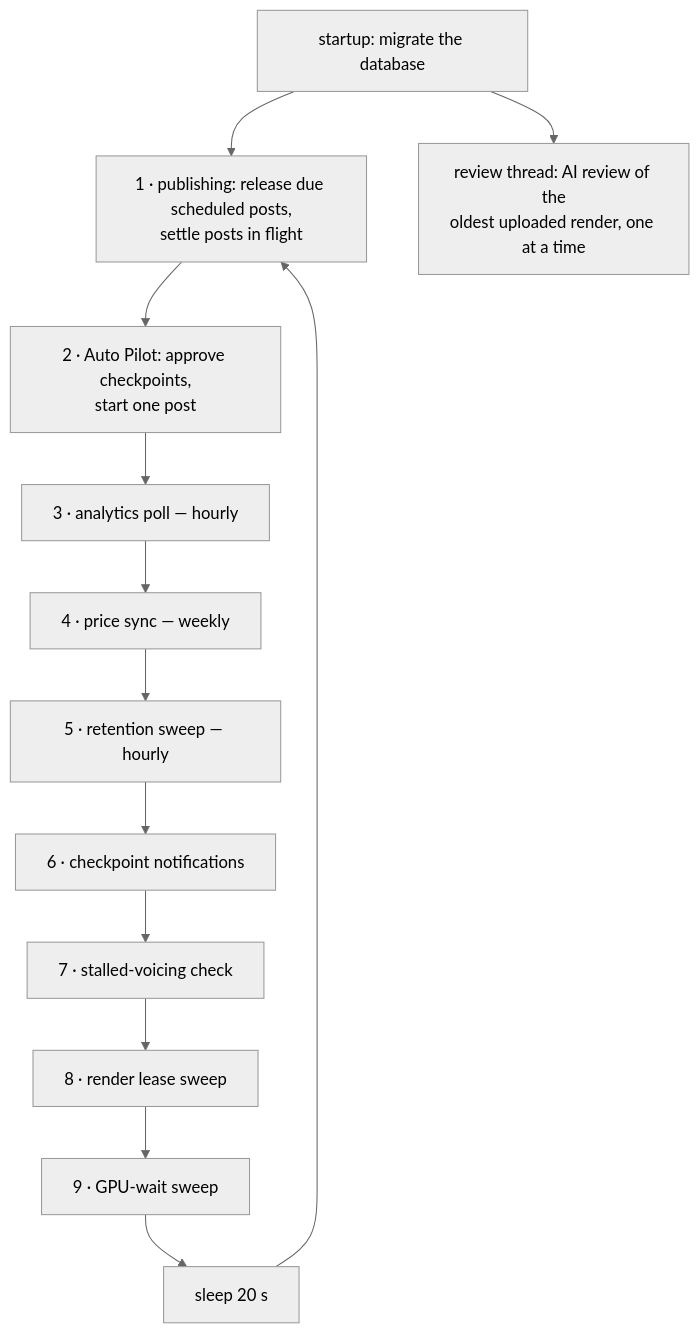
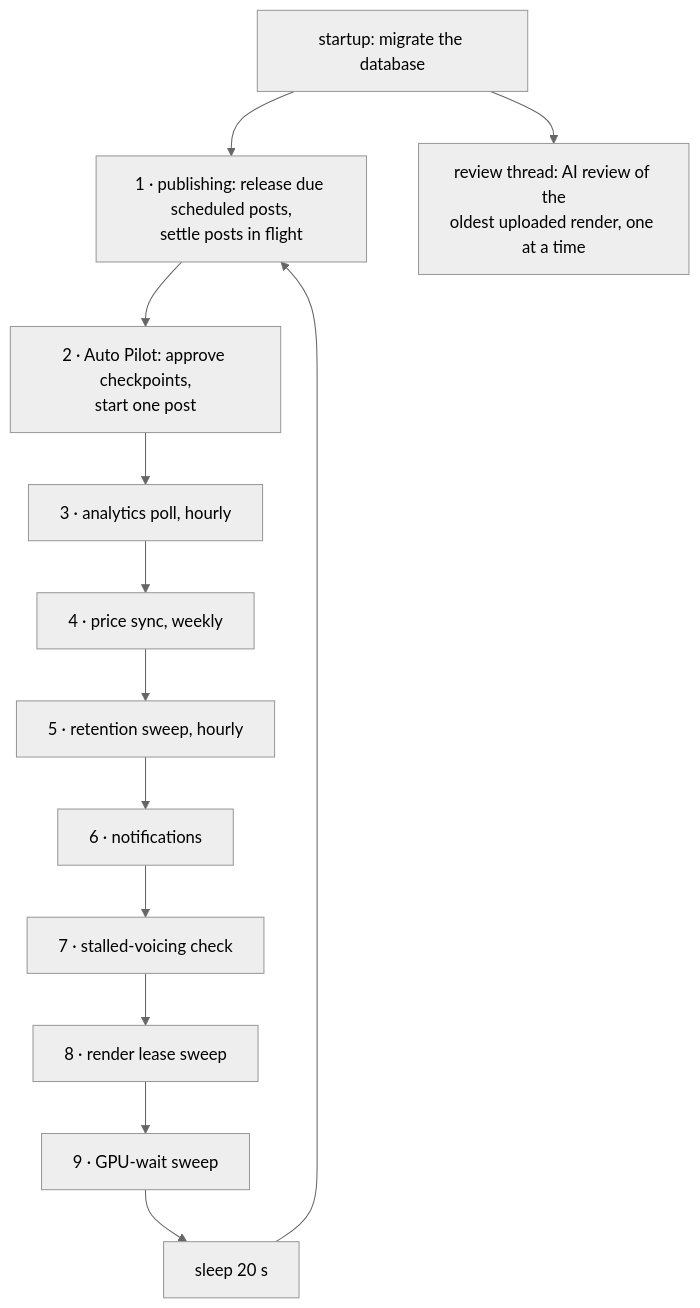
Before and after one commit to teja156/tubematic: the diagram in docs/developer/12-the-worker.md, drawn with Mermaid (neutral theme). The commit also changed other lines of this file and 25 other files, not shown here.

````diff
--- a/docs/developer/12-the-worker.md
+++ b/docs/developer/12-the-worker.md
@@ -30,15 +22,15 @@
 ```mermaid
 flowchart TD
     S[startup: migrate the database] --> P
     P[1 · publishing: release due scheduled posts,<br/>settle posts in flight] --> A
     A[2 · Auto Pilot: approve checkpoints,<br/>start one post] --> M
-    M[3 · analytics poll — hourly] --> PR
-    PR[4 · price sync — weekly] --> R
-    R[5 · retention sweep — hourly] --> N
-    N[6 · checkpoint notifications] --> V
+    M[3 · analytics poll, hourly] --> PR
+    PR[4 · price sync, weekly] --> R
+    R[5 · retention sweep, hourly] --> N
+    N[6 · notifications] --> V
     V[7 · stalled-voicing check] --> L
     L[8 · render lease sweep] --> G
     G[9 · GPU-wait sweep] --> SL
     SL[sleep 20 s] --> P
     S --> RT["review thread: AI review of the<br/>oldest uploaded render, one at a time"]
 ```
````
